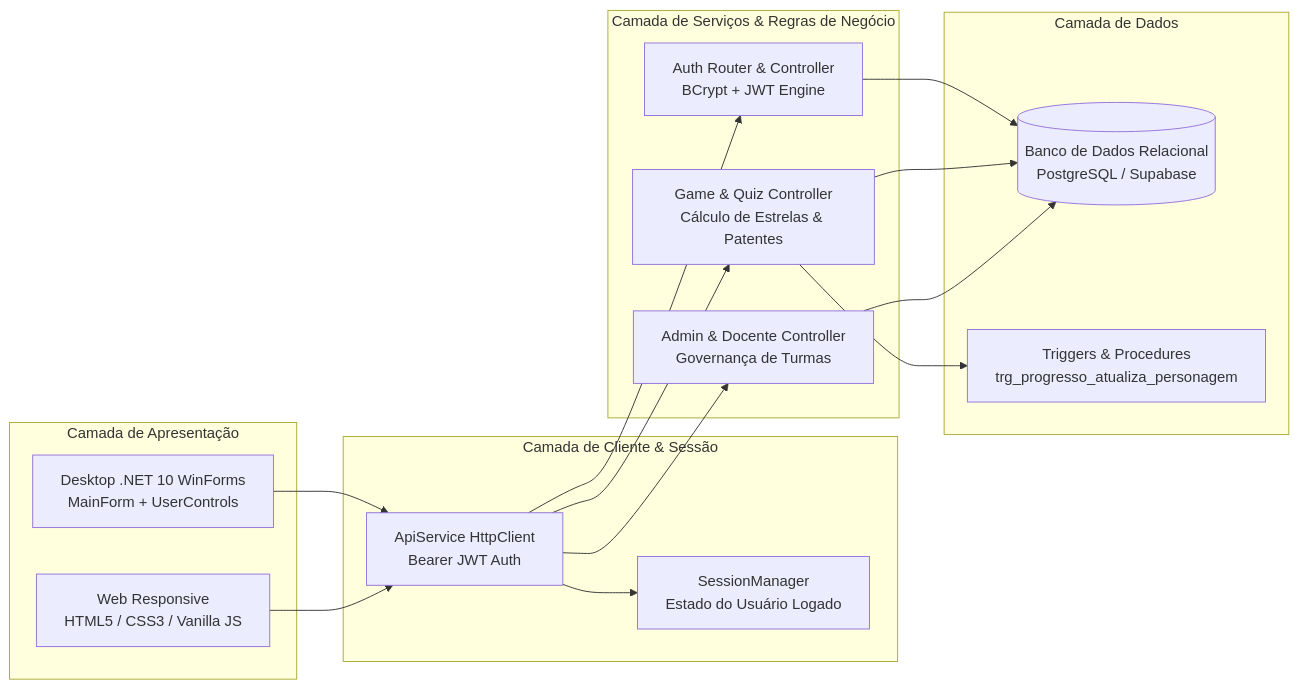
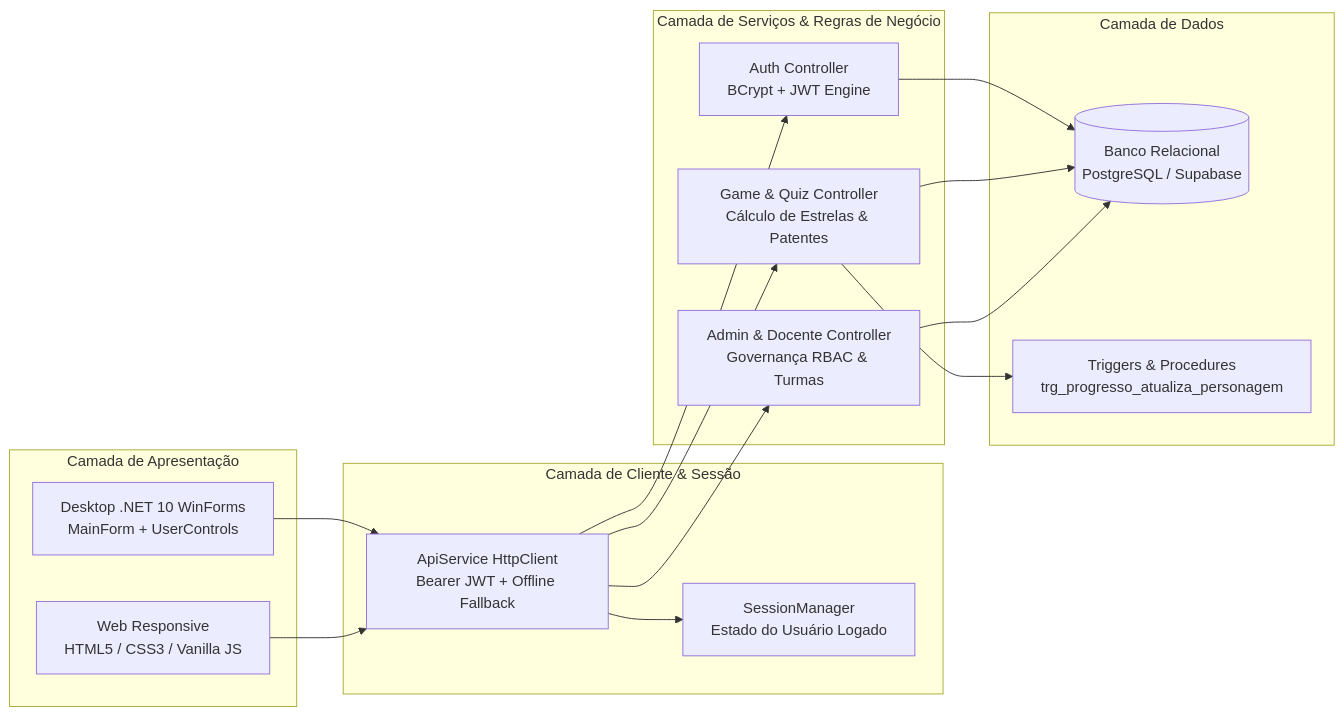
One commit to Pim-Unip2025/desktop changed the first of 12 diagrams in DiagramaDeSequencia.md. Above: the diagram before and after it, drawn with Mermaid. The commit also changed other lines of this file and 66 other files, not shown here.

Commit message:
feat(desktop): adiciona Setup/QA Runner com teste de rede, acessibilidade tipografica, listagem completa no Admin e reorganiza diagramas UML (Classes, Atividades e Sequencia)

````diff
--- a/DiagramaDeSequencia.md
+++ b/DiagramaDeSequencia.md
@@ -54,34 +43,34 @@
 ```mermaid
 graph LR
     subgraph Apresentacao [Camada de Apresentação]
         Desk[Desktop .NET 10 WinForms<br/>MainForm + UserControls]
         Web[Web Responsive<br/>HTML5 / CSS3 / Vanilla JS]
     end
 
     subgraph Servicos [Camada de Cliente & Sessão]
-        API[ApiService HttpClient<br/>Bearer JWT Auth]
+        API[ApiService HttpClient<br/>Bearer JWT + Offline Fallback]
         SM[SessionManager<br/>Estado do Usuário Logado]
     end
 
     subgraph Backend [Camada de Serviços & Regras de Negócio]
-        AuthAPI[Auth Router & Controller<br/>BCrypt + JWT Engine]
+        AuthAPI[Auth Controller<br/>BCrypt + JWT Engine]
         GameAPI[Game & Quiz Controller<br/>Cálculo de Estrelas & Patentes]
-        AdminAPI[Admin & Docente Controller<br/>Governança de Turmas]
+        AdminAPI[Admin & Docente Controller<br/>Governança RBAC & Turmas]
     end
 
     subgraph Persistencia [Camada de Dados]
-        PostgreSQL[(Banco de Dados Relacional<br/>PostgreSQL / Supabase)]
+        PostgreSQL[(Banco Relacional<br/>PostgreSQL / Supabase)]
         Triggers[Triggers & Procedures<br/>trg_progresso_atualiza_personagem]
     end
 
     Desk --> API
     Web --> API
     API --> SM
     API --> AuthAPI
     API --> GameAPI
     API --> AdminAPI
     AuthAPI --> PostgreSQL
     GameAPI --> PostgreSQL
     GameAPI --> Triggers
     AdminAPI --> PostgreSQL
 ```
````
